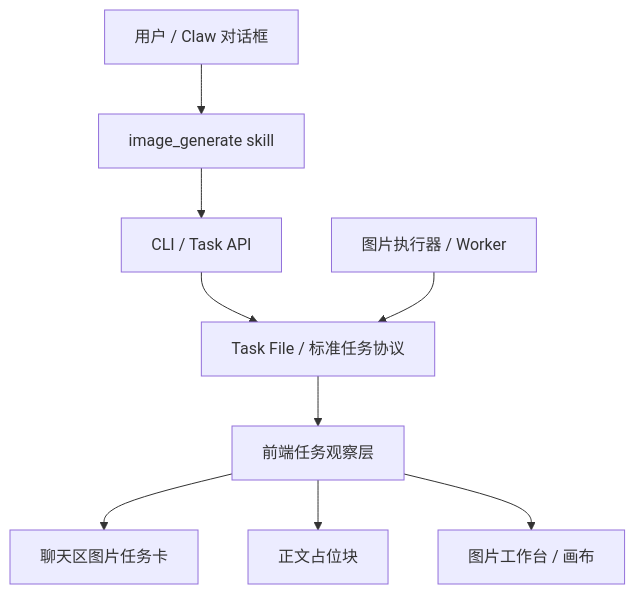
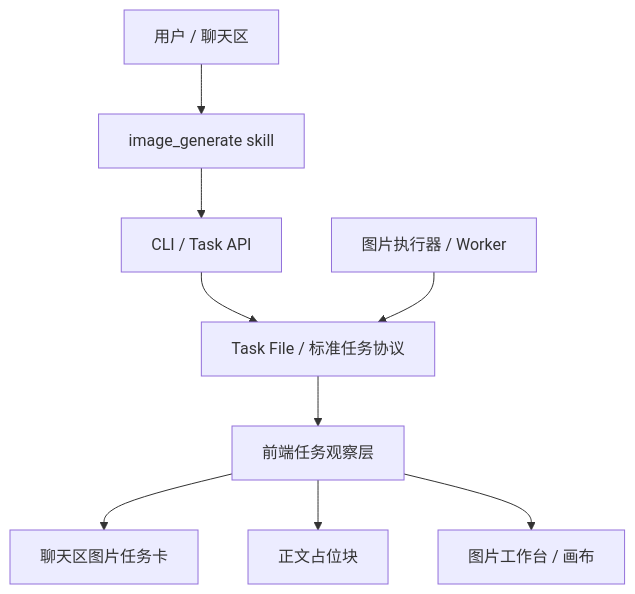
The diagram in docs/prd/skills/async-image-skill-task-prd.md (limecloud/lime), drawn with Mermaid before and after one commit. The commit also changed other lines of this file and 300 other files, not shown here.

````diff
--- a/docs/prd/skills/async-image-skill-task-prd.md
+++ b/docs/prd/skills/async-image-skill-task-prd.md
@@ -148,11 +148,11 @@
 ```mermaid
 graph TD
-    USER[用户 / Claw 对话框] --> SKILL[image_generate skill]
+    USER[用户 / 聊天区] --> SKILL[image_generate skill]
     SKILL --> CLI[CLI / Task API]
     CLI --> TASKFILE[Task File / 标准任务协议]
     WORKER[图片执行器 / Worker] --> TASKFILE
     TASKFILE --> FRONTEND[前端任务观察层]
     FRONTEND --> CHAT[聊天区图片任务卡]
     FRONTEND --> DOC[正文占位块]
     FRONTEND --> CANVAS[图片工作台 / 画布]
 ```
````
